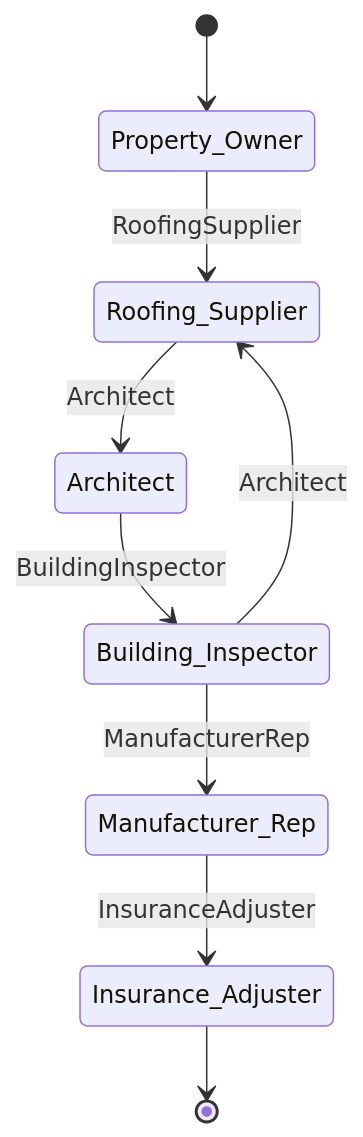
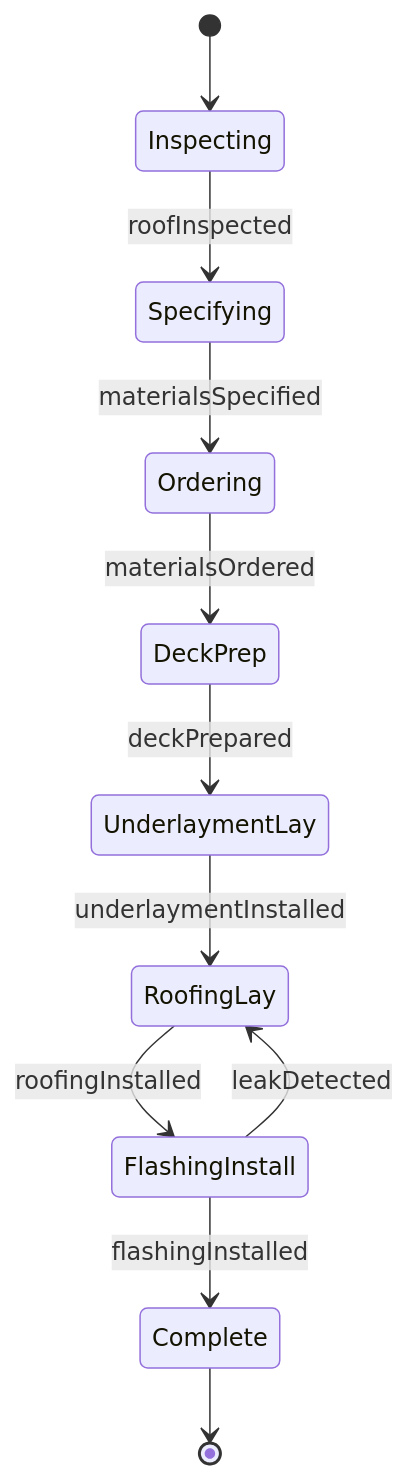
The second of 4 diagrams in HandlingAndMovingObjects/BuildStructures/InstallRoofingMaterials.mdx (dot-org-ai/tasks.org.ai), drawn with Mermaid before and after one commit. The commit also changed other lines of this file and 515 other files, not shown here.

````diff
--- a/HandlingAndMovingObjects/BuildStructures/InstallRoofingMaterials.mdx
+++ b/HandlingAndMovingObjects/BuildStructures/InstallRoofingMaterials.mdx
@@ -101,11 +99,13 @@
 ```mermaid
 stateDiagram-v2
-    [*] --> Property_Owner
-    Property_Owner --> Roofing_Supplier: RoofingSupplier
-    Roofing_Supplier --> Architect: Architect
-    Architect --> Building_Inspector: BuildingInspector
-    Building_Inspector --> Manufacturer_Rep: ManufacturerRep
-    Manufacturer_Rep --> Insurance_Adjuster: InsuranceAdjuster
-    Building_Inspector --> Roofing_Supplier: Architect
-    Insurance_Adjuster --> [*]
+    [*] --> Inspecting
+    Inspecting --> Specifying : roofInspected
+    Specifying --> Ordering : materialsSpecified
+    Ordering --> DeckPrep : materialsOrdered
+    DeckPrep --> UnderlaymentLay : deckPrepared
+    UnderlaymentLay --> RoofingLay : underlaymentInstalled
+    RoofingLay --> FlashingInstall : roofingInstalled
+    FlashingInstall --> Complete : flashingInstalled
+    FlashingInstall --> RoofingLay : leakDetected
+    Complete --> [*]
 ```
````
